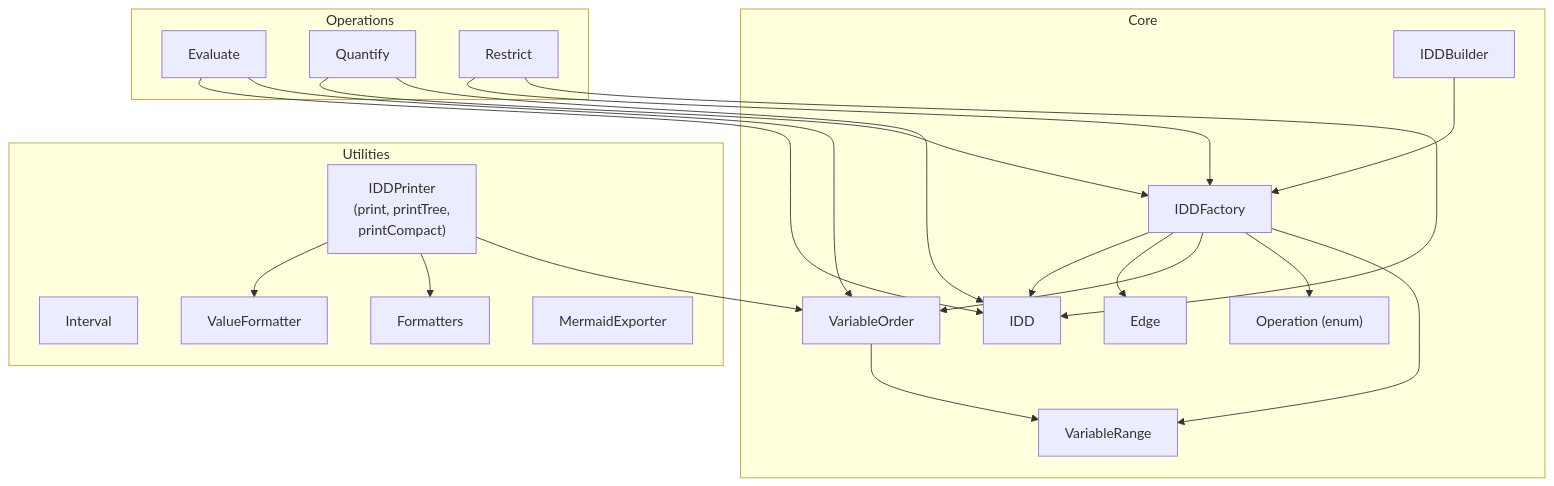
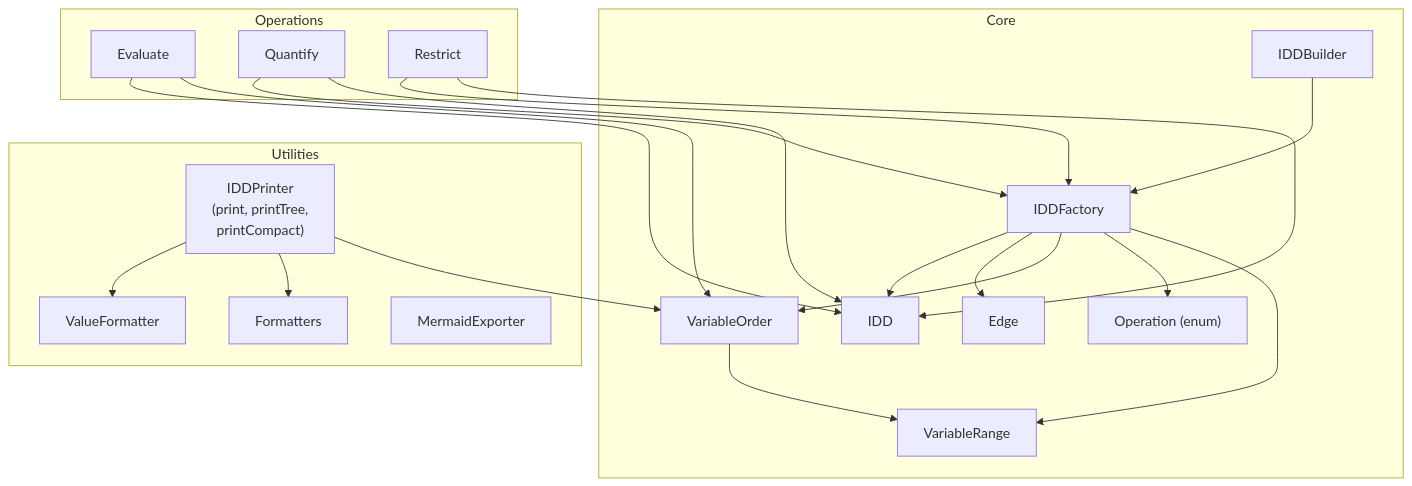
One commit to SnakeSolid/java-iddlite changed the first of 2 diagrams in docs/architecture.md. Above: the diagram before and after it, drawn with Mermaid. The commit also changed other lines of this file and 9 other files, not shown here.

````diff
--- a/docs/architecture.md
+++ b/docs/architecture.md
@@ -23,46 +23,45 @@
 ```mermaid
 graph TD
     subgraph Core
         IDD["IDD"]
         Edge["Edge"]
         IDDFactory["IDDFactory"]
         IDDBuilder["IDDBuilder"]
         VariableOrder["VariableOrder"]
         VariableRange["VariableRange"]
         Operation["Operation (enum)"]
     end
 
     subgraph Operations
         Evaluate["Evaluate"]
         Quantify["Quantify"]
         Restrict["Restrict"]
     end
 
     subgraph Utilities
-        Interval["Interval"]
         VariableRange["VariableRange"]
         ValueFormatter["ValueFormatter"]
         Formatters["Formatters"]
         MermaidExporter["MermaidExporter"]
         IDDPrinter["IDDPrinter\n(print, printTree,\nprintCompact)"]
     end
 
     IDDBuilder --> IDDFactory
     IDDFactory --> IDD
     IDDFactory --> Edge
     IDDFactory --> VariableOrder
     IDDFactory --> Operation
     VariableOrder --> VariableRange
     IDDFactory --> VariableRange
 
     IDDPrinter --> ValueFormatter
     IDDPrinter --> Formatters
     IDDPrinter --> VariableOrder
 
     Evaluate --> IDD
     Evaluate --> VariableOrder
     Quantify --> IDDFactory
     Quantify --> IDD
     Restrict --> IDDFactory
     Restrict --> IDD
 ```
````
